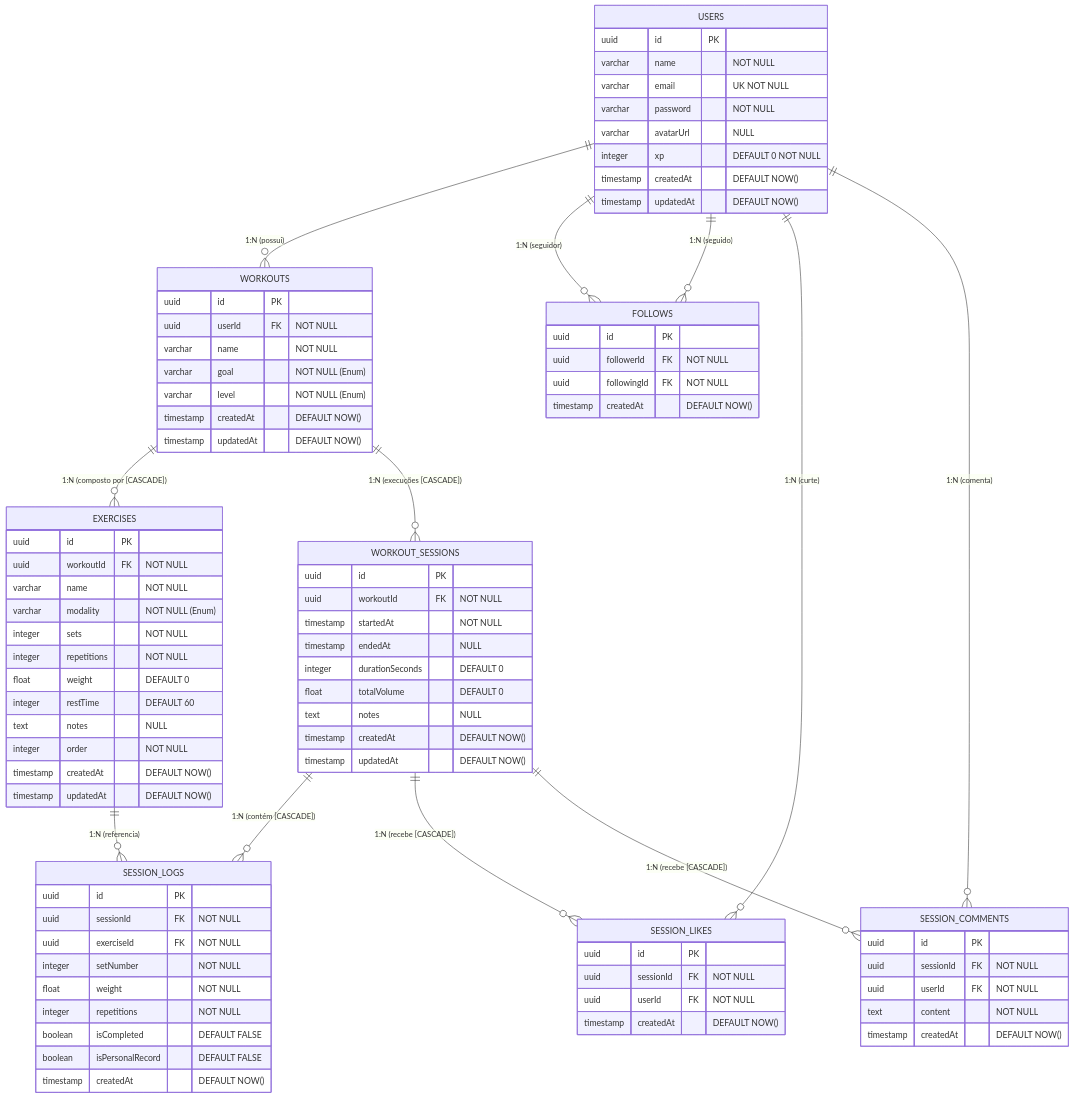
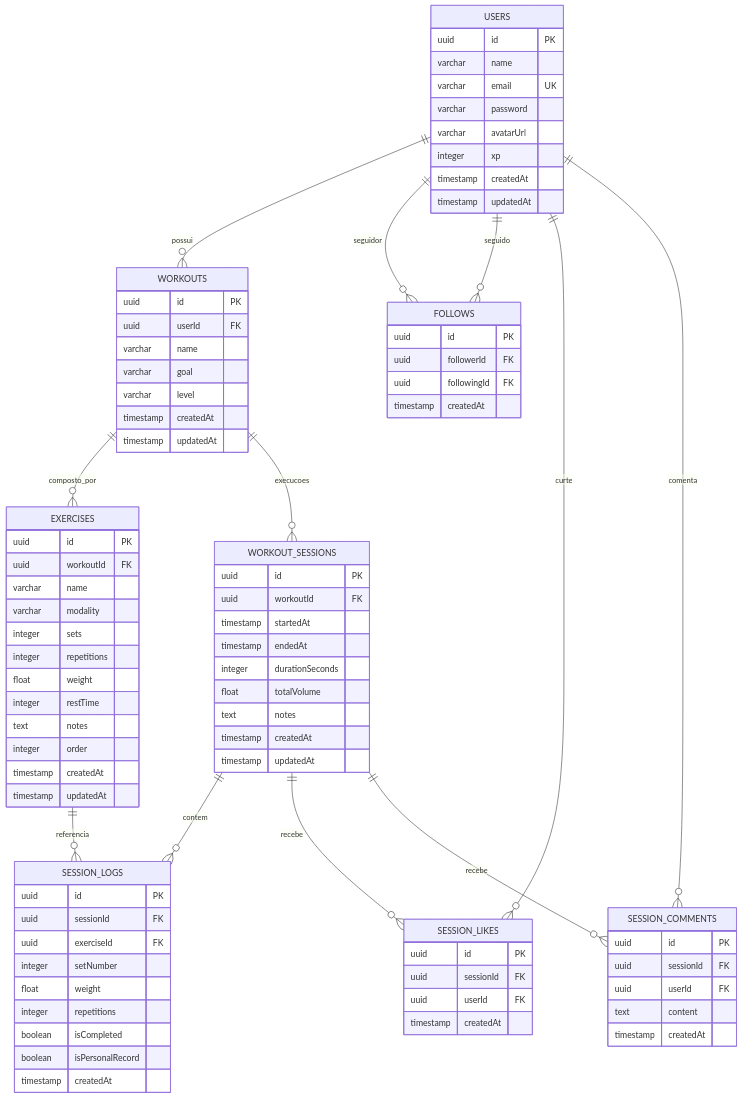
Before and after one commit to LucasFLuz/battleRank: the third of 3 diagrams in docs/ENTREGA_PROVA_FINAL.md, drawn with Mermaid. The commit also changed other lines of this file and 9 other files, not shown here.

Commit message:
docs: embed vector SVGs directly into document to fix mermaid syntax errors

````diff
--- a/docs/ENTREGA_PROVA_FINAL.md
+++ b/docs/ENTREGA_PROVA_FINAL.md
@@ -248,98 +215,98 @@
 ```mermaid
 erDiagram
-    USERS ||--o{ WORKOUTS : "1:N (possui)"
-    USERS ||--o{ FOLLOWS : "1:N (seguidor)"
-    USERS ||--o{ FOLLOWS : "1:N (seguido)"
-    USERS ||--o{ SESSION_LIKES : "1:N (curte)"
-    USERS ||--o{ SESSION_COMMENTS : "1:N (comenta)"
+    USERS ||--o{ WORKOUTS : possui
+    USERS ||--o{ FOLLOWS : seguidor
+    USERS ||--o{ FOLLOWS : seguido
+    USERS ||--o{ SESSION_LIKES : curte
+    USERS ||--o{ SESSION_COMMENTS : comenta
 
-    WORKOUTS ||--o{ EXERCISES : "1:N (composto por [CASCADE])"
-    WORKOUTS ||--o{ WORKOUT_SESSIONS : "1:N (execuções [CASCADE])"
+    WORKOUTS ||--o{ EXERCISES : composto_por
+    WORKOUTS ||--o{ WORKOUT_SESSIONS : execucoes
 
-    WORKOUT_SESSIONS ||--o{ SESSION_LOGS : "1:N (contém [CASCADE])"
-    EXERCISES ||--o{ SESSION_LOGS : "1:N (referencia)"
-    WORKOUT_SESSIONS ||--o{ SESSION_LIKES : "1:N (recebe [CASCADE])"
-    WORKOUT_SESSIONS ||--o{ SESSION_COMMENTS : "1:N (recebe [CASCADE])"
+    WORKOUT_SESSIONS ||--o{ SESSION_LOGS : contem
+    EXERCISES ||--o{ SESSION_LOGS : referencia
+    WORKOUT_SESSIONS ||--o{ SESSION_LIKES : recebe
+    WORKOUT_SESSIONS ||--o{ SESSION_COMMENTS : recebe
 
     USERS {
         uuid id PK
-        varchar name "NOT NULL"
-        varchar email "UK NOT NULL"
-        varchar password "NOT NULL"
-        varchar avatarUrl "NULL"
-        integer xp "DEFAULT 0 NOT NULL"
-        timestamp createdAt "DEFAULT NOW()"
-        timestamp updatedAt "DEFAULT NOW()"
+        varchar name
+        varchar email UK
+        varchar password
+        varchar avatarUrl
+        integer xp
+        timestamp createdAt
+        timestamp updatedAt
     }
 
     WORKOUTS {
         uuid id PK
-        uuid userId FK "NOT NULL"
-        varchar name "NOT NULL"
-        varchar goal "NOT NULL (Enum)"
-        varchar level "NOT NULL (Enum)"
-        timestamp createdAt "DEFAULT NOW()"
-        timestamp updatedAt "DEFAULT NOW()"
+        uuid userId FK
+        varchar name
+        varchar goal
+        varchar level
+        timestamp createdAt
+        timestamp updatedAt
     }
 
     EXERCISES {
         uuid id PK
-        uuid workoutId FK "NOT NULL"
-        varchar name "NOT NULL"
-        varchar modality "NOT NULL (Enum)"
-        integer sets "NOT NULL"
-        integer repetitions "NOT NULL"
-        float weight "DEFAULT 0"
-        integer restTime "DEFAULT 60"
-        text notes "NULL"
-        integer order "NOT NULL"
-        timestamp createdAt "DEFAULT NOW()"
-        timestamp updatedAt "DEFAULT NOW()"
+        uuid workoutId FK
+        varchar name
+        varchar modality
+        integer sets
+        integer repetitions
+        float weight
+        integer restTime
+        text notes
+        integer order
+        timestamp createdAt
+        timestamp updatedAt
     }
 
     WORKOUT_SESSIONS {
         uuid id PK
-        uuid workoutId FK "NOT NULL"
-        timestamp startedAt "NOT NULL"
-        timestamp endedAt "NULL"
-        integer durationSeconds "DEFAULT 0"
-        float totalVolume "DEFAULT 0"
-        text notes "NULL"
-        timestamp createdAt "DEFAULT NOW()"
-        timestamp updatedAt "DEFAULT NOW()"
+        uuid workoutId FK
+        timestamp startedAt
+        timestamp endedAt
+        integer durationSeconds
+        float totalVolume
+        text notes
+        timestamp createdAt
+        timestamp updatedAt
     }
 
     SESSION_LOGS {
         uuid id PK
-        uuid sessionId FK "NOT NULL"
-        uuid exerciseId FK "NOT NULL"
-        integer setNumber "NOT NULL"
-        float weight "NOT NULL"
-        integer repetitions "NOT NULL"
-        boolean isCompleted "DEFAULT FALSE"
-        boolean isPersonalRecord "DEFAULT FALSE"
-        timestamp createdAt "DEFAULT NOW()"
+        uuid sessionId FK
+        uuid exerciseId FK
+        integer setNumber
+        float weight
+        integer repetitions
+        boolean isCompleted
+        boolean isPersonalRecord
+        timestamp createdAt
     }
 
     FOLLOWS {
         uuid id PK
-        uuid followerId FK "NOT NULL"
-        uuid followingId FK "NOT NULL"
-        timestamp createdAt "DEFAULT NOW()"
+        uuid followerId FK
+        uuid followingId FK
+        timestamp createdAt
     }
 
     SESSION_LIKES {
         uuid id PK
-        uuid sessionId FK "NOT NULL"
-        uuid userId FK "NOT NULL"
-        timestamp createdAt "DEFAULT NOW()"
+        uuid sessionId FK
+        uuid userId FK
+        timestamp createdAt
     }
 
     SESSION_COMMENTS {
         uuid id PK
-        uuid sessionId FK "NOT NULL"
-        uuid userId FK "NOT NULL"
-        text content "NOT NULL"
-        timestamp createdAt "DEFAULT NOW()"
+        uuid sessionId FK
+        uuid userId FK
+        text content
+        timestamp createdAt
     }
 ```
````
